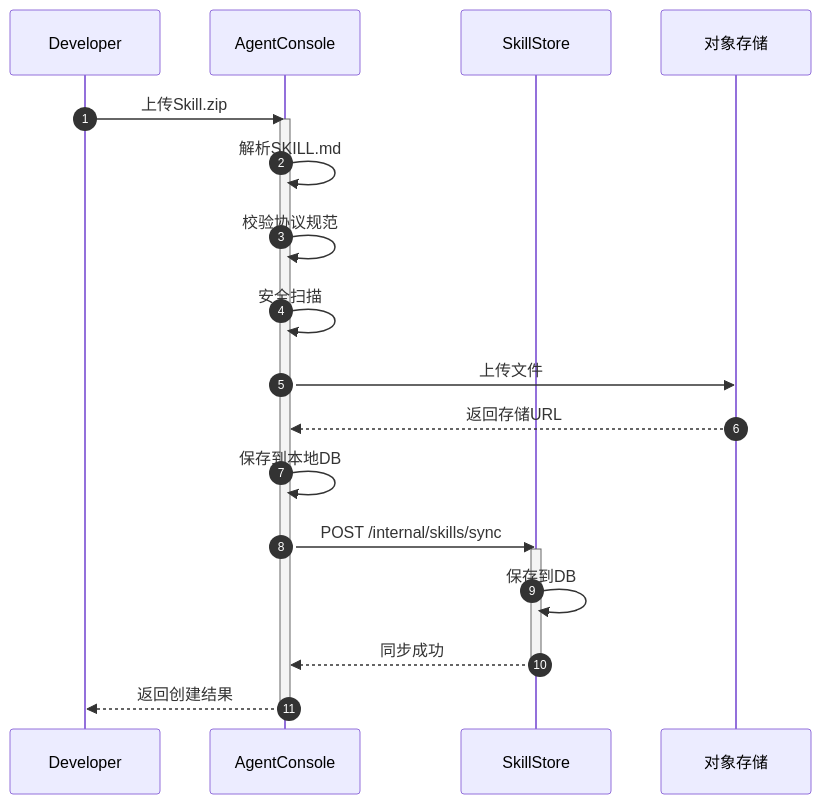
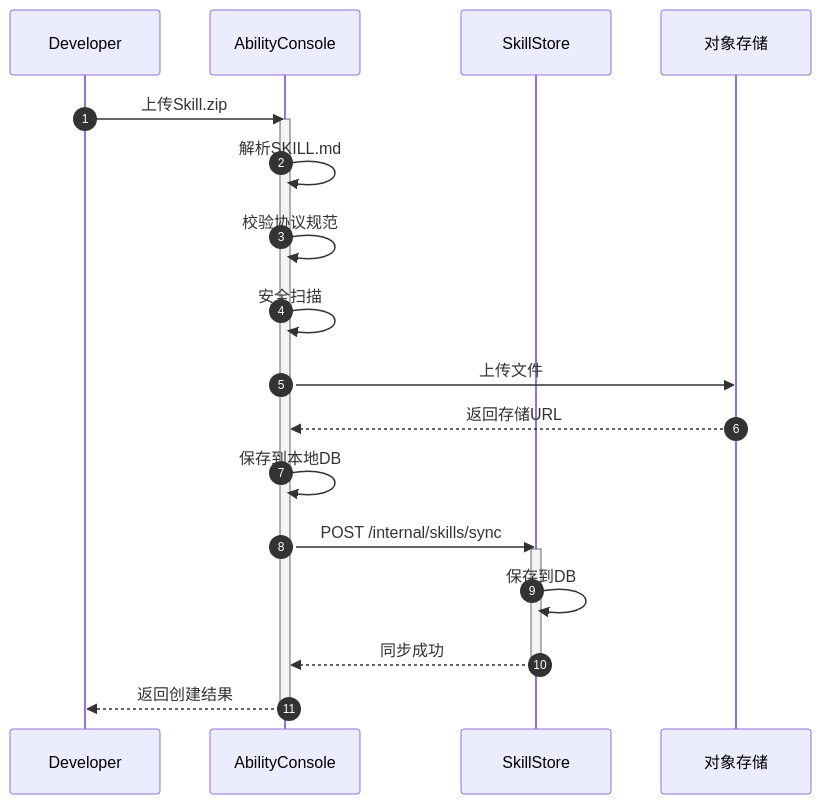
Before and after one commit to jinyule/xiaoyi-skill-mgmt: the third of 7 diagrams in structured-giggling-prism.md, drawn with Mermaid. The commit also changed other lines of this file and 5 other files, not shown here.

````diff
--- a/structured-giggling-prism.md
+++ b/structured-giggling-prism.md
@@ -983,29 +983,29 @@
 ```mermaid
 sequenceDiagram
     autonumber
     participant D as Developer
-    participant AC as AgentConsole
+    participant AC as AbilityConsole
     participant SS as SkillStore
     participant OBS as 对象存储
 
     D->>AC: 上传Skill.zip
     activate AC
 
     AC->>AC: 解析SKILL.md
     AC->>AC: 校验协议规范
     AC->>AC: 安全扫描
 
     AC->>OBS: 上传文件
     OBS-->>AC: 返回存储URL
 
     AC->>AC: 保存到本地DB
 
     AC->>SS: POST /internal/skills/sync
     activate SS
     SS->>SS: 保存到DB
     SS-->>AC: 同步成功
     deactivate SS
 
     AC-->>D: 返回创建结果
     deactivate AC
 ```
````
